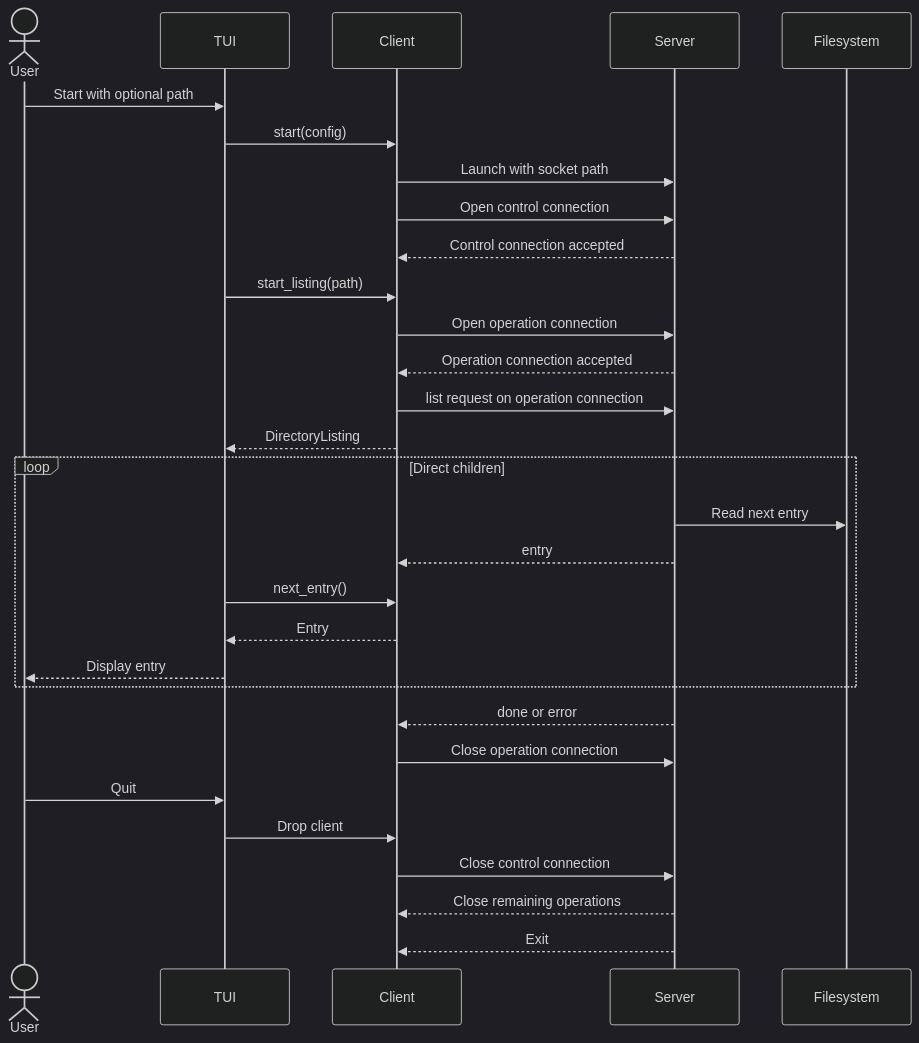
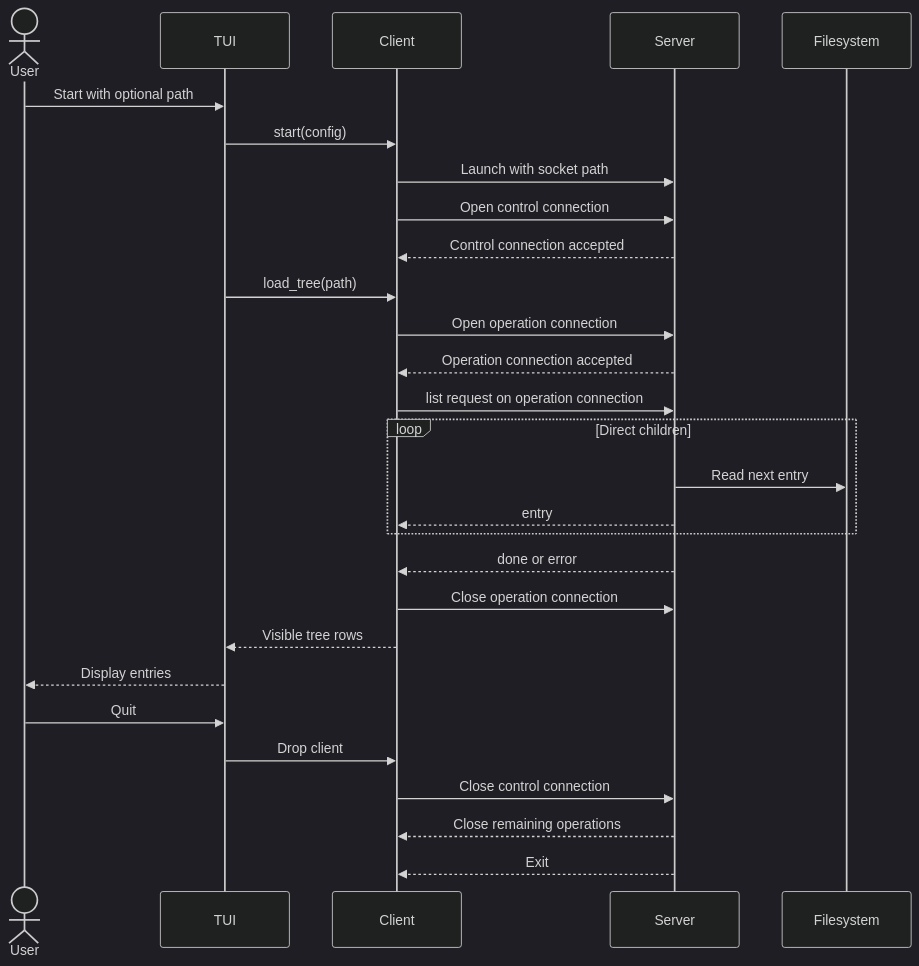
One commit to tanchihpin0517/file-peeker changed the second of 2 diagrams in docs/architecture.md. Above: the diagram before and after it, drawn with Mermaid (dark theme). The commit also changed other lines of this file and 11 other files, not shown here.

````diff
--- a/docs/architecture.md
+++ b/docs/architecture.md
@@ -442,33 +458,31 @@
 ```mermaid
 sequenceDiagram
     actor User
     participant TUI
     participant Client
     participant Server
     participant FS as Filesystem
 
     User->>TUI: Start with optional path
     TUI->>Client: start(config)
     Client->>Server: Launch with socket path
     Client->>Server: Open control connection
     Server-->>Client: Control connection accepted
-    TUI->>Client: start_listing(path)
+    TUI->>Client: load_tree(path)
     Client->>Server: Open operation connection
     Server-->>Client: Operation connection accepted
     Client->>Server: list request on operation connection
-    Client-->>TUI: DirectoryListing
     loop Direct children
         Server->>FS: Read next entry
         Server-->>Client: entry
-        TUI->>Client: next_entry()
-        Client-->>TUI: Entry
-        TUI-->>User: Display entry
     end
     Server-->>Client: done or error
     Client->>Server: Close operation connection
+    Client-->>TUI: Visible tree rows
+    TUI-->>User: Display entries
     User->>TUI: Quit
     TUI->>Client: Drop client
     Client->>Server: Close control connection
     Server-->>Client: Close remaining operations
     Server-->>Client: Exit
 ```
````
